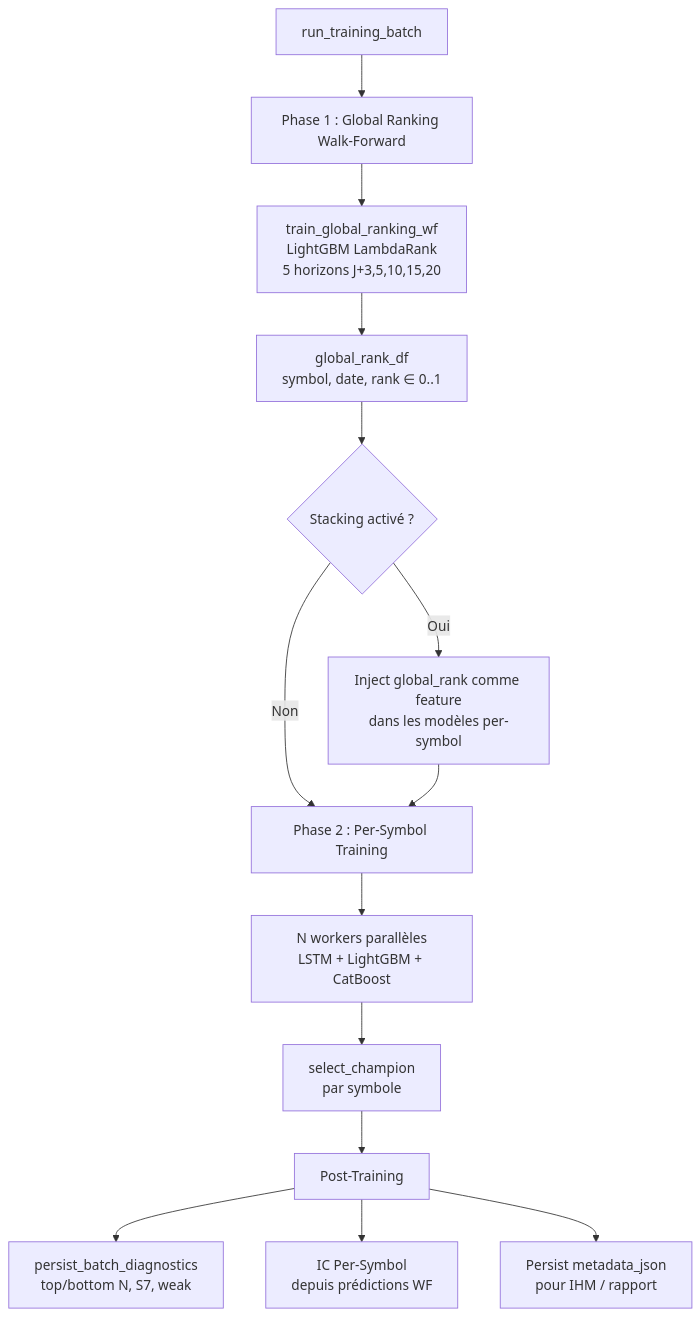
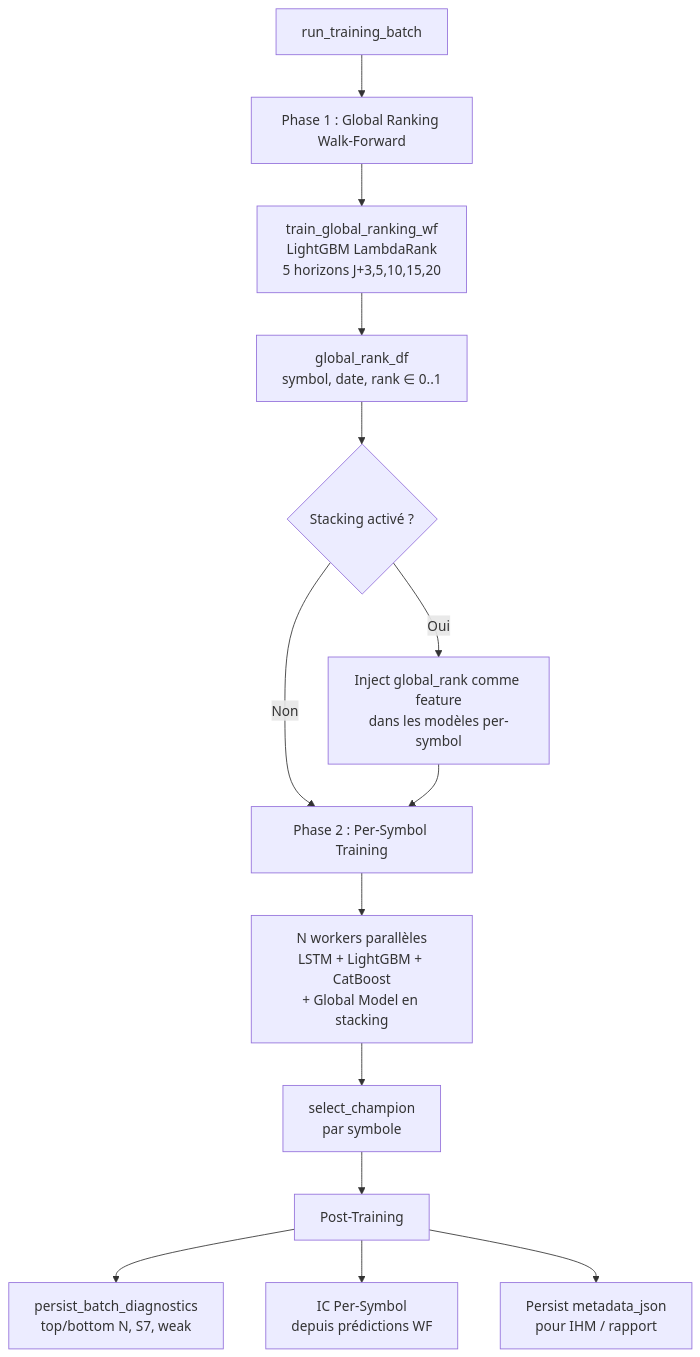
The diagram in doc/module_model_factory.md (mli2000fr/alpha_trade), drawn with Mermaid before and after one commit. The commit also changed other lines of this file and 1 other file, not shown here.

````diff
--- a/doc/module_model_factory.md
+++ b/doc/module_model_factory.md
@@ -48,19 +48,19 @@
 ```mermaid
 flowchart TD
     A[run_training_batch] --> B[Phase 1 : Global Ranking Walk-Forward]
     B --> B1[train_global_ranking_wf<br/>LightGBM LambdaRank<br/>5 horizons J+3,5,10,15,20]
     B1 --> B2[global_rank_df<br/>symbol, date, rank ∈ 0..1]
     
     B2 --> C{Stacking activé ?}
     C -->|Oui| D[Inject global_rank comme feature<br/>dans les modèles per-symbol]
     C -->|Non| E[Phase 2 : Per-Symbol Training]
     D --> E
     
-    E --> E1[N workers parallèles<br/>LSTM + LightGBM + CatBoost]
+    E --> E1[N workers parallèles<br/>LSTM + LightGBM + CatBoost<br/>+ Global Model en stacking]
     E1 --> E2[select_champion<br/>par symbole]
     
     E2 --> F[Post-Training]
     F --> F1[persist_batch_diagnostics<br/>top/bottom N, S7, weak]
     F --> F2[IC Per-Symbol<br/>depuis prédictions WF]
     F --> F3[Persist metadata_json<br/>pour IHM / rapport]
 ```
````
